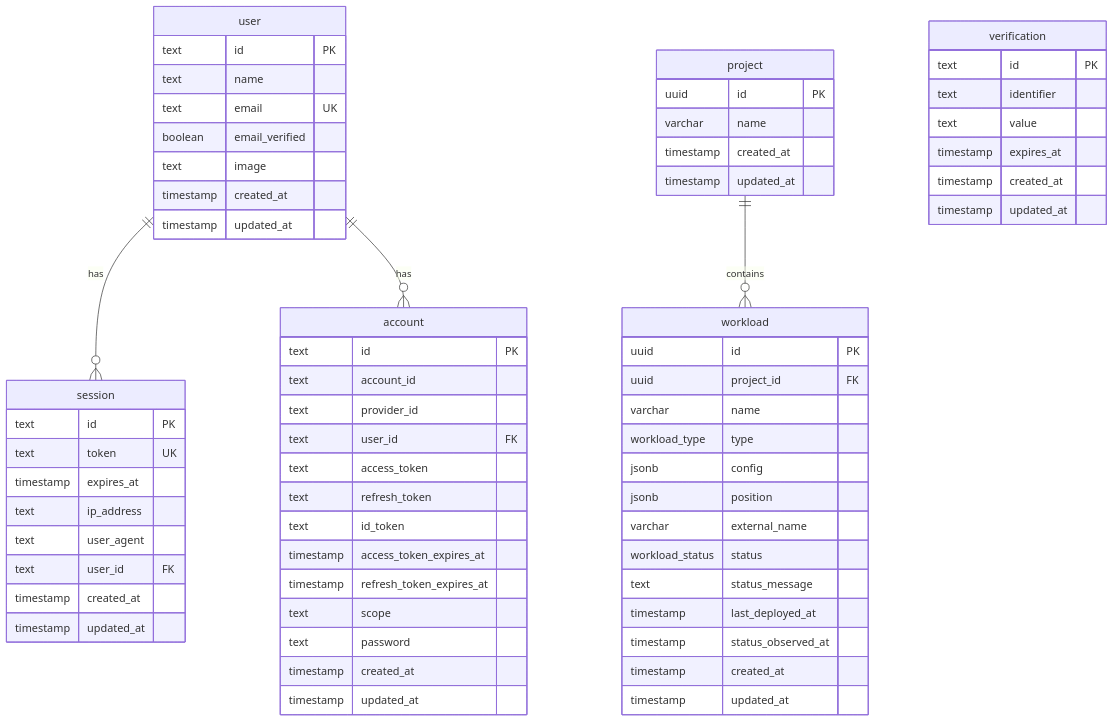
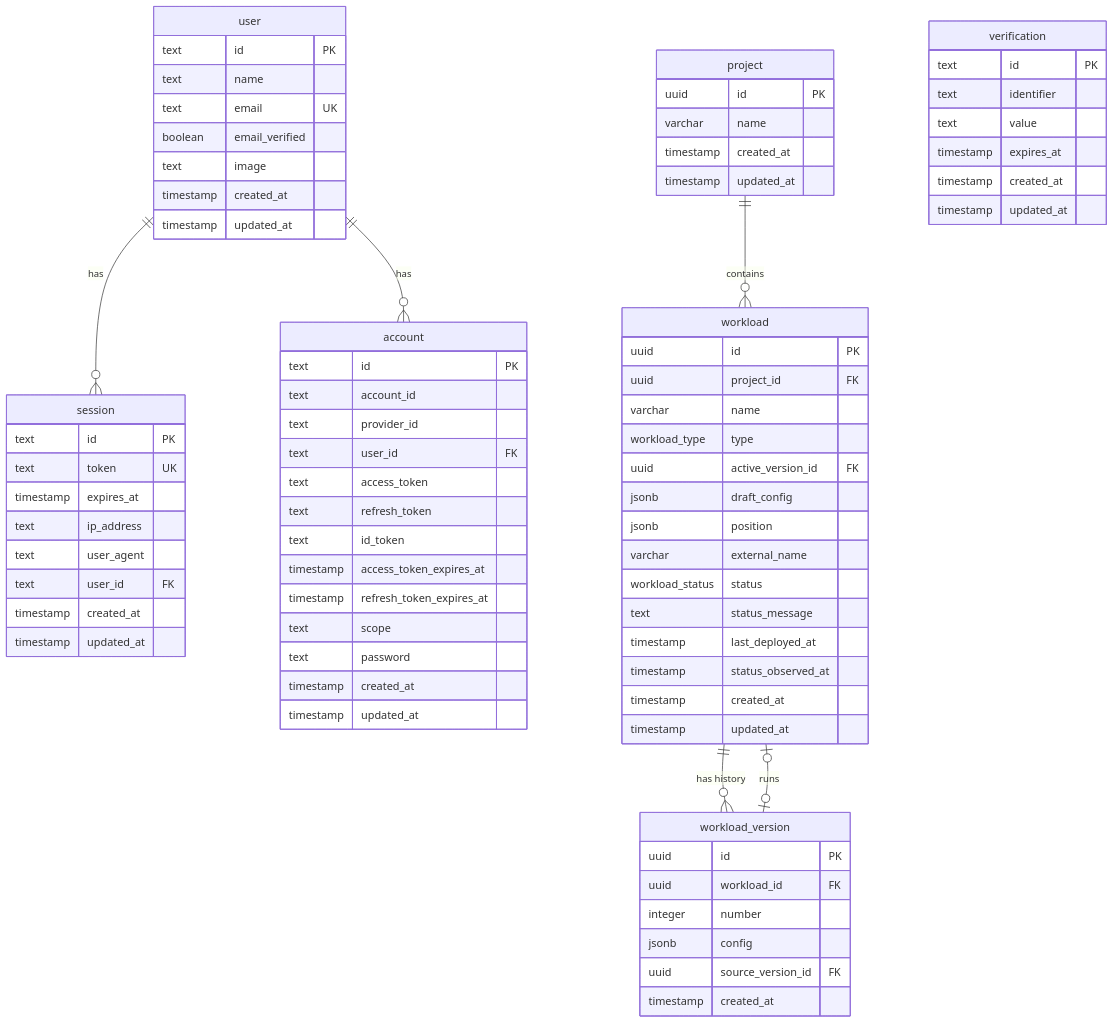
The diagram in docs/DATABASE.md (acceleratio-cloud/core), drawn with Mermaid before and after one commit. The commit also changed other lines of this file and 30 other files, not shown here.

````diff
--- a/docs/DATABASE.md
+++ b/docs/DATABASE.md
@@ -27,70 +27,81 @@
 ```mermaid
 erDiagram
     user ||--o{ session : "has"
     user ||--o{ account : "has"
     project ||--o{ workload : "contains"
+    workload ||--o{ workload_version : "has history"
+    workload |o--o| workload_version : "runs"
 
     user {
         text id PK
         text name
         text email UK
         boolean email_verified
         text image
         timestamp created_at
         timestamp updated_at
     }
     session {
         text id PK
         text token UK
         timestamp expires_at
         text ip_address
         text user_agent
         text user_id FK
         timestamp created_at
         timestamp updated_at
     }
     account {
         text id PK
         text account_id
         text provider_id
         text user_id FK
         text access_token
         text refresh_token
         text id_token
         timestamp access_token_expires_at
         timestamp refresh_token_expires_at
         text scope
         text password
         timestamp created_at
         timestamp updated_at
     }
     verification {
         text id PK
         text identifier
         text value
         timestamp expires_at
         timestamp created_at
         timestamp updated_at
     }
     project {
         uuid id PK
         varchar name
         timestamp created_at
         timestamp updated_at
     }
     workload {
         uuid id PK
         uuid project_id FK
         varchar name
         workload_type type
-        jsonb config
+        uuid active_version_id FK
+        jsonb draft_config
         jsonb position
         varchar external_name
         workload_status status
         text status_message
         timestamp last_deployed_at
         timestamp status_observed_at
         timestamp created_at
         timestamp updated_at
     }
+    workload_version {
+        uuid id PK
+        uuid workload_id FK
+        integer number
+        jsonb config
+        uuid source_version_id FK
+        timestamp created_at
+    }
 ```
````
